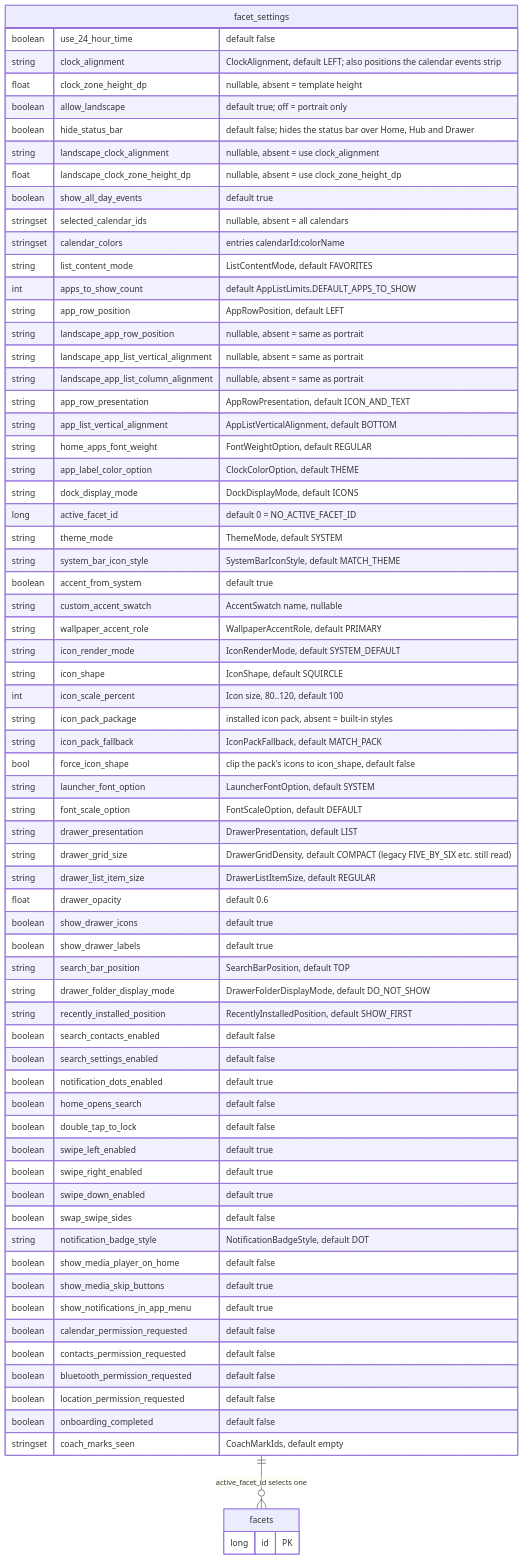
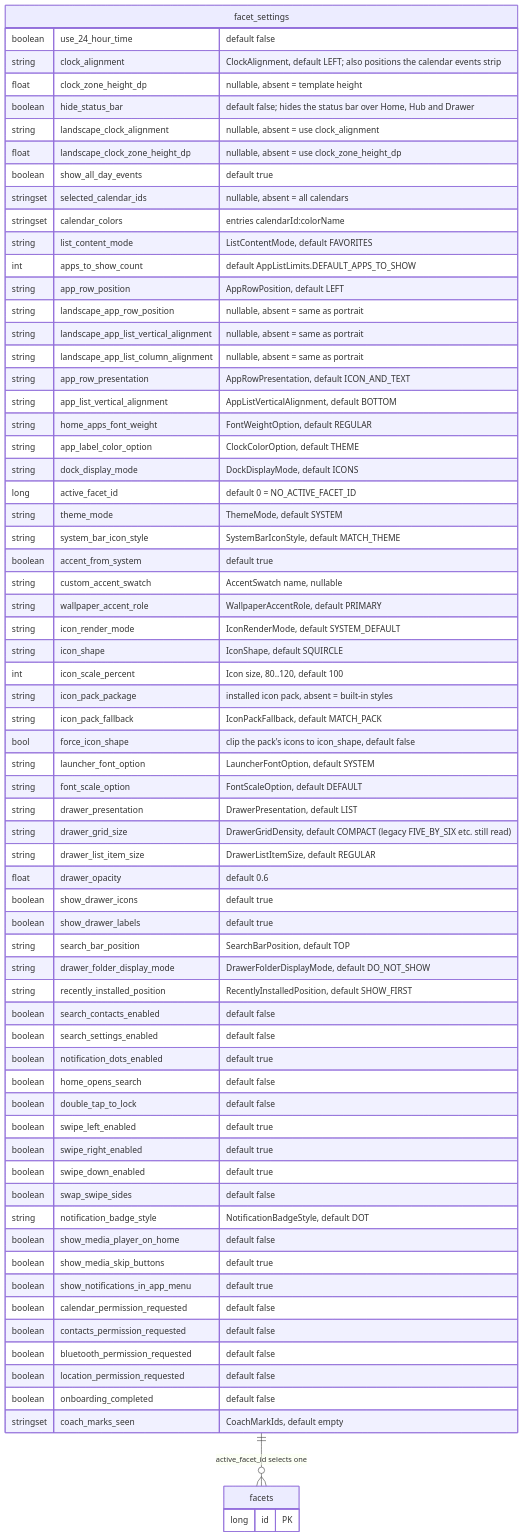
The third of 3 diagrams in docs/architecture/02-persistence-room.md (rohitganjam/facet-launcher), drawn with Mermaid before and after one commit. The commit also changed other lines of this file and 38 other files, not shown here.

First line of the commit message:
Make Allow landscape mode a per-facet setting

````diff
--- a/docs/architecture/02-persistence-room.md
+++ b/docs/architecture/02-persistence-room.md
@@ -386,74 +388,73 @@
 ```mermaid
 erDiagram
     facet_settings {
         boolean use_24_hour_time "default false"
         string clock_alignment "ClockAlignment, default LEFT; also positions the calendar events strip"
         float clock_zone_height_dp "nullable, absent = template height"
-        boolean allow_landscape "default true; off = portrait only"
         boolean hide_status_bar "default false; hides the status bar over Home, Hub and Drawer"
         string landscape_clock_alignment "nullable, absent = use clock_alignment"
         float landscape_clock_zone_height_dp "nullable, absent = use clock_zone_height_dp"
         boolean show_all_day_events "default true"
         stringset selected_calendar_ids "nullable, absent = all calendars"
         stringset calendar_colors "entries calendarId:colorName"
         string list_content_mode "ListContentMode, default FAVORITES"
         int apps_to_show_count "default AppListLimits.DEFAULT_APPS_TO_SHOW"
         string app_row_position "AppRowPosition, default LEFT"
         string landscape_app_row_position "nullable, absent = same as portrait"
         string landscape_app_list_vertical_alignment "nullable, absent = same as portrait"
         string landscape_app_list_column_alignment "nullable, absent = same as portrait"
         string app_row_presentation "AppRowPresentation, default ICON_AND_TEXT"
         string app_list_vertical_alignment "AppListVerticalAlignment, default BOTTOM"
         string home_apps_font_weight "FontWeightOption, default REGULAR"
         string app_label_color_option "ClockColorOption, default THEME"
         string dock_display_mode "DockDisplayMode, default ICONS"
         long active_facet_id "default 0 = NO_ACTIVE_FACET_ID"
         string theme_mode "ThemeMode, default SYSTEM"
         string system_bar_icon_style "SystemBarIconStyle, default MATCH_THEME"
         boolean accent_from_system "default true"
         string custom_accent_swatch "AccentSwatch name, nullable"
         string wallpaper_accent_role "WallpaperAccentRole, default PRIMARY"
         string icon_render_mode "IconRenderMode, default SYSTEM_DEFAULT"
         string icon_shape "IconShape, default SQUIRCLE"
         int icon_scale_percent "Icon size, 80..120, default 100"
         string icon_pack_package "installed icon pack, absent = built-in styles"
         string icon_pack_fallback "IconPackFallback, default MATCH_PACK"
         bool force_icon_shape "clip the pack's icons to icon_shape, default false"
         string launcher_font_option "LauncherFontOption, default SYSTEM"
         string font_scale_option "FontScaleOption, default DEFAULT"
         string drawer_presentation "DrawerPresentation, default LIST"
         string drawer_grid_size "DrawerGridDensity, default COMPACT (legacy FIVE_BY_SIX etc. still read)"
         string drawer_list_item_size "DrawerListItemSize, default REGULAR"
         float drawer_opacity "default 0.6"
         boolean show_drawer_icons "default true"
         boolean show_drawer_labels "default true"
         string search_bar_position "SearchBarPosition, default TOP"
         string drawer_folder_display_mode "DrawerFolderDisplayMode, default DO_NOT_SHOW"
         string recently_installed_position "RecentlyInstalledPosition, default SHOW_FIRST"
         boolean search_contacts_enabled "default false"
         boolean search_settings_enabled "default false"
         boolean notification_dots_enabled "default true"
         boolean home_opens_search "default false"
         boolean double_tap_to_lock "default false"
         boolean swipe_left_enabled "default true"
         boolean swipe_right_enabled "default true"
         boolean swipe_down_enabled "default true"
         boolean swap_swipe_sides "default false"
         string notification_badge_style "NotificationBadgeStyle, default DOT"
         boolean show_media_player_on_home "default false"
         boolean show_media_skip_buttons "default true"
         boolean show_notifications_in_app_menu "default true"
         boolean calendar_permission_requested "default false"
         boolean contacts_permission_requested "default false"
         boolean bluetooth_permission_requested "default false"
         boolean location_permission_requested "default false"
         boolean onboarding_completed "default false"
         stringset coach_marks_seen "CoachMarkIds, default empty"
     }
 
     facets {
         long id PK
     }
 
     facet_settings ||--o{ facets : "active_facet_id selects one"
 ```
````
